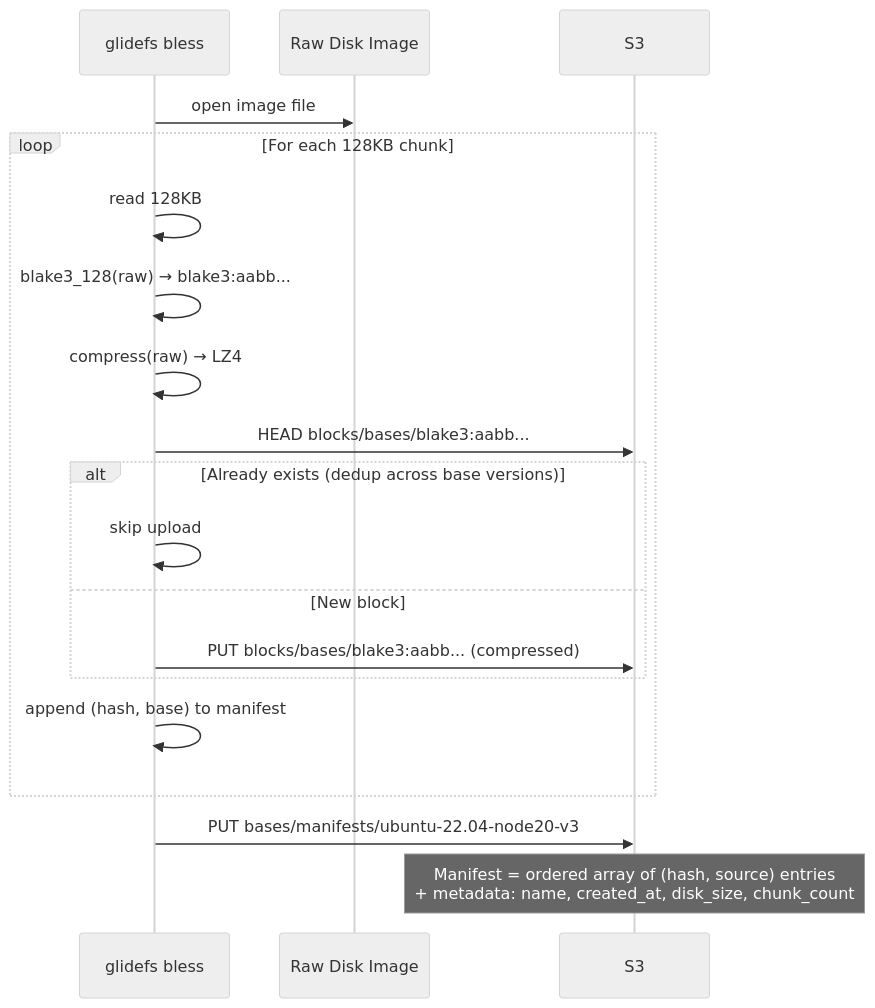
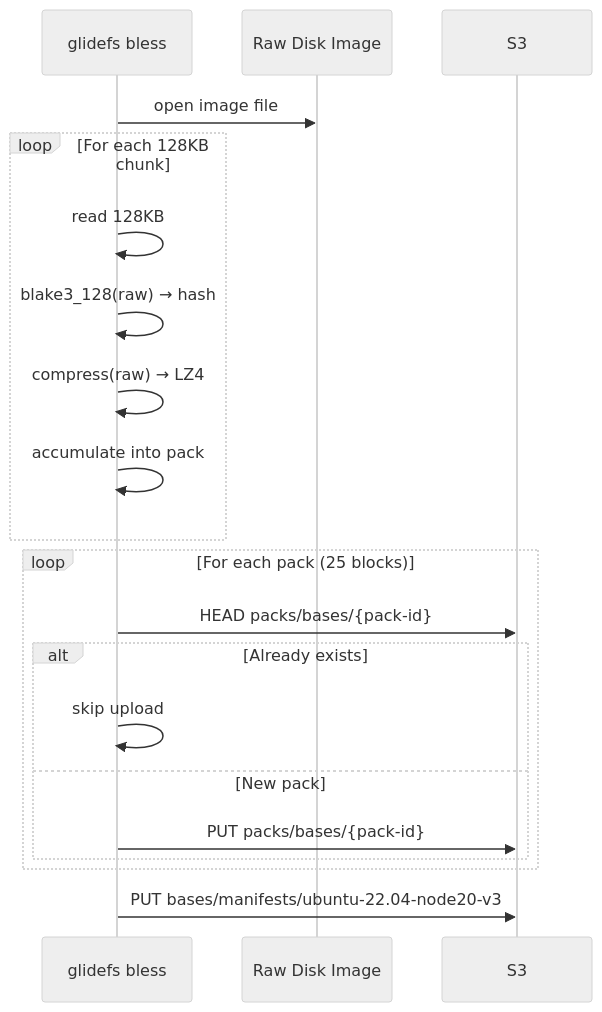
One commit to paraglidehq/glidefs changed diagram 12 of 13 in GLIDEv2.md. Above: the diagram before and after it, drawn with Mermaid (neutral theme). The commit also changed other lines of this file, not shown here.

````diff
--- a/GLIDEv2.md
+++ b/GLIDEv2.md
@@ -464,24 +781,26 @@
 ```mermaid
 sequenceDiagram
     participant CLI as glidefs bless
     participant DISK as Raw Disk Image
     participant S3 as S3
 
     CLI->>DISK: open image file
 
     loop For each 128KB chunk
         CLI->>CLI: read 128KB
-        CLI->>CLI: blake3_128(raw) → blake3:aabb...
+        CLI->>CLI: blake3_128(raw) → hash
         CLI->>CLI: compress(raw) → LZ4
-        CLI->>S3: HEAD blocks/bases/blake3:aabb...
-        alt Already exists (dedup across base versions)
+        CLI->>CLI: accumulate into pack
+    end
+
+    loop For each pack (25 blocks)
+        CLI->>S3: HEAD packs/bases/{pack-id}
+        alt Already exists
             CLI->>CLI: skip upload
-        else New block
-            CLI->>S3: PUT blocks/bases/blake3:aabb... (compressed)
+        else New pack
+            CLI->>S3: PUT packs/bases/{pack-id}
         end
-        CLI->>CLI: append (hash, base) to manifest
     end
 
     CLI->>S3: PUT bases/manifests/ubuntu-22.04-node20-v3
-    Note over S3: Manifest = ordered array of (hash, source) entries<br/>+ metadata: name, created_at, disk_size, chunk_count
 ```
````
